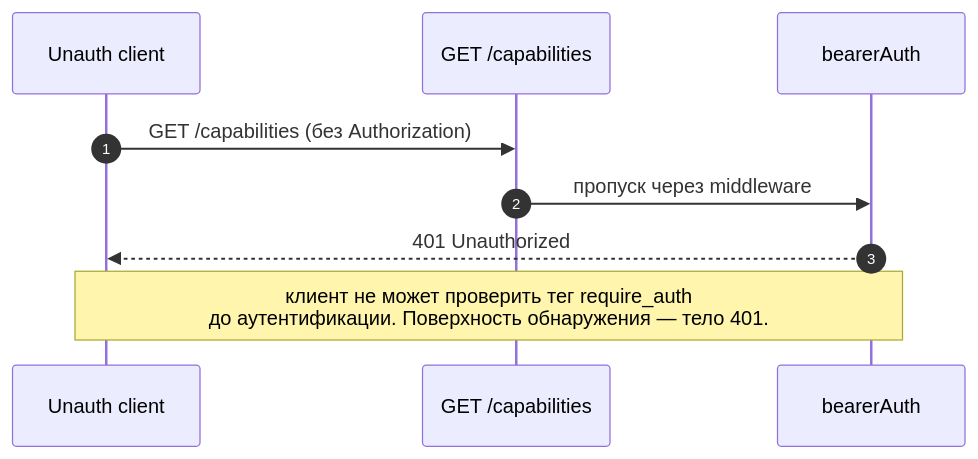
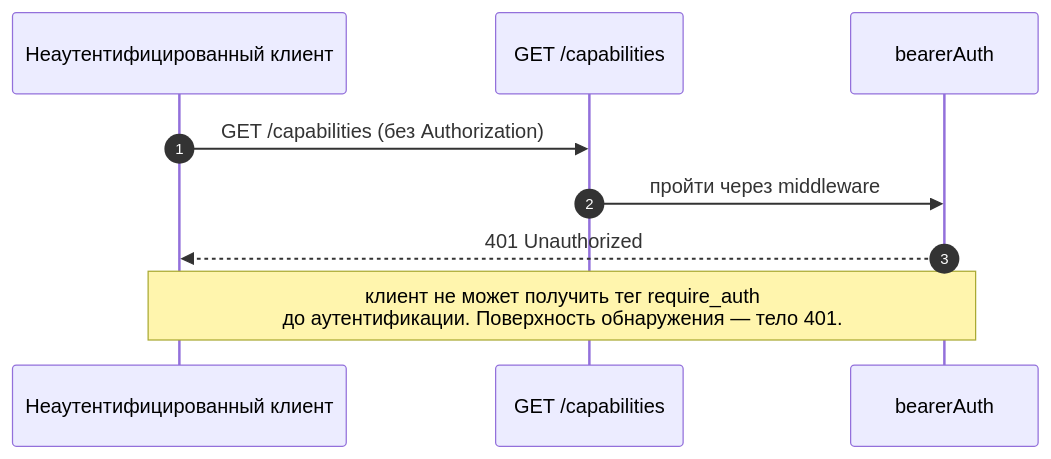
Before and after one commit to QwenLM/qwen-code-docs: the third of 4 diagrams in website/content/ru/developers/daemon/12-auth-security.md, drawn with Mermaid. The commit also changed other lines of this file and 1077 other files, not shown here.

````diff
--- a/website/content/ru/developers/daemon/12-auth-security.md
+++ b/website/content/ru/developers/daemon/12-auth-security.md
@@ -199,12 +201,12 @@
 ```mermaid
 sequenceDiagram
     autonumber
-    participant C as Unauth client
+    participant C as Неаутентифицированный клиент
     participant CAPS as GET /capabilities
     participant BA as bearerAuth
 
     C->>CAPS: GET /capabilities (без Authorization)
-    CAPS->>BA: пропуск через middleware
+    CAPS->>BA: пройти через middleware
     BA-->>C: 401 Unauthorized
-    Note over C,BA: клиент не может проверить тег require_auth<br/>до аутентификации. Поверхность обнаружения — тело 401.
+    Note over C,BA: клиент не может получить тег require_auth<br/>до аутентификации. Поверхность обнаружения — тело 401.
 ```
````
